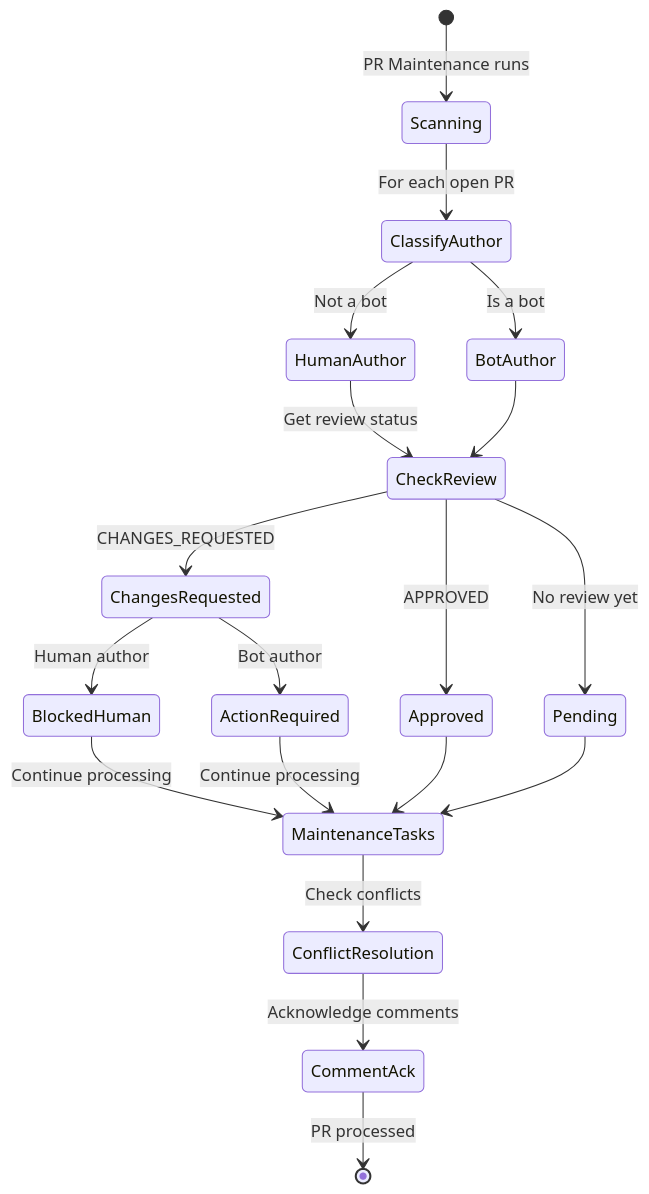
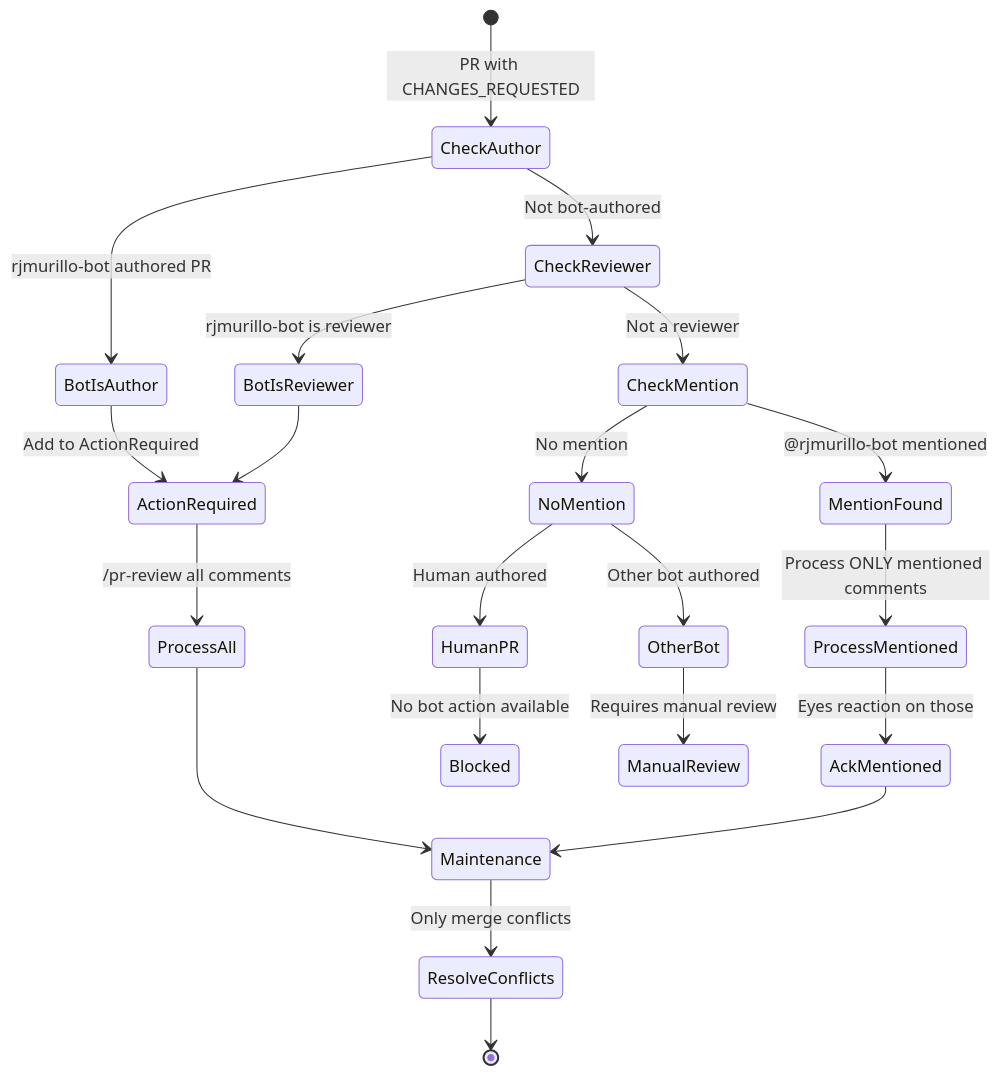
One commit to rjmurillo/ai-agents changed the second of 2 diagrams in .agents/architecture/bot-author-feedback-protocol.md. Above: the diagram before and after it, drawn with Mermaid. The commit also changed other lines of this file and 1 other file, not shown here.

First line of the commit message:
docs: correct bot author feedback protocol decision flow

````diff
--- a/.agents/architecture/bot-author-feedback-protocol.md
+++ b/.agents/architecture/bot-author-feedback-protocol.md
@@ -53,28 +97,32 @@
 ```mermaid
 stateDiagram-v2
-    [*] --> Scanning: PR Maintenance runs
+    [*] --> CheckAuthor: PR with CHANGES_REQUESTED
 
-    Scanning --> ClassifyAuthor: For each open PR
+    CheckAuthor --> BotIsAuthor: rjmurillo-bot authored PR
+    CheckAuthor --> CheckReviewer: Not bot-authored
 
-    ClassifyAuthor --> HumanAuthor: Not a bot
-    ClassifyAuthor --> BotAuthor: Is a bot
+    BotIsAuthor --> ActionRequired: Add to ActionRequired
+    ActionRequired --> ProcessAll: /pr-review all comments
 
-    HumanAuthor --> CheckReview: Get review status
-    BotAuthor --> CheckReview
+    CheckReviewer --> BotIsReviewer: rjmurillo-bot is reviewer
+    CheckReviewer --> CheckMention: Not a reviewer
 
-    CheckReview --> Approved: APPROVED
-    CheckReview --> ChangesRequested: CHANGES_REQUESTED
-    CheckReview --> Pending: No review yet
+    BotIsReviewer --> ActionRequired
 
-    ChangesRequested --> BlockedHuman: Human author
-    ChangesRequested --> ActionRequired: Bot author
+    CheckMention --> MentionFound: @rjmurillo-bot mentioned
+    CheckMention --> NoMention: No mention
 
-    BlockedHuman --> MaintenanceTasks: Continue processing
-    ActionRequired --> MaintenanceTasks: Continue processing
-    Approved --> MaintenanceTasks
-    Pending --> MaintenanceTasks
+    MentionFound --> ProcessMentioned: Process ONLY mentioned comments
+    ProcessMentioned --> AckMentioned: Eyes reaction on those
 
-    MaintenanceTasks --> ConflictResolution: Check conflicts
-    ConflictResolution --> CommentAck: Acknowledge comments
-    CommentAck --> [*]: PR processed
+    NoMention --> HumanPR: Human authored
+    NoMention --> OtherBot: Other bot authored
+
+    HumanPR --> Blocked: No bot action available
+    OtherBot --> ManualReview: Requires manual review
+
+    ProcessAll --> Maintenance
+    AckMentioned --> Maintenance
+    Maintenance --> ResolveConflicts: Only merge conflicts
+    ResolveConflicts --> [*]
 ```
````
